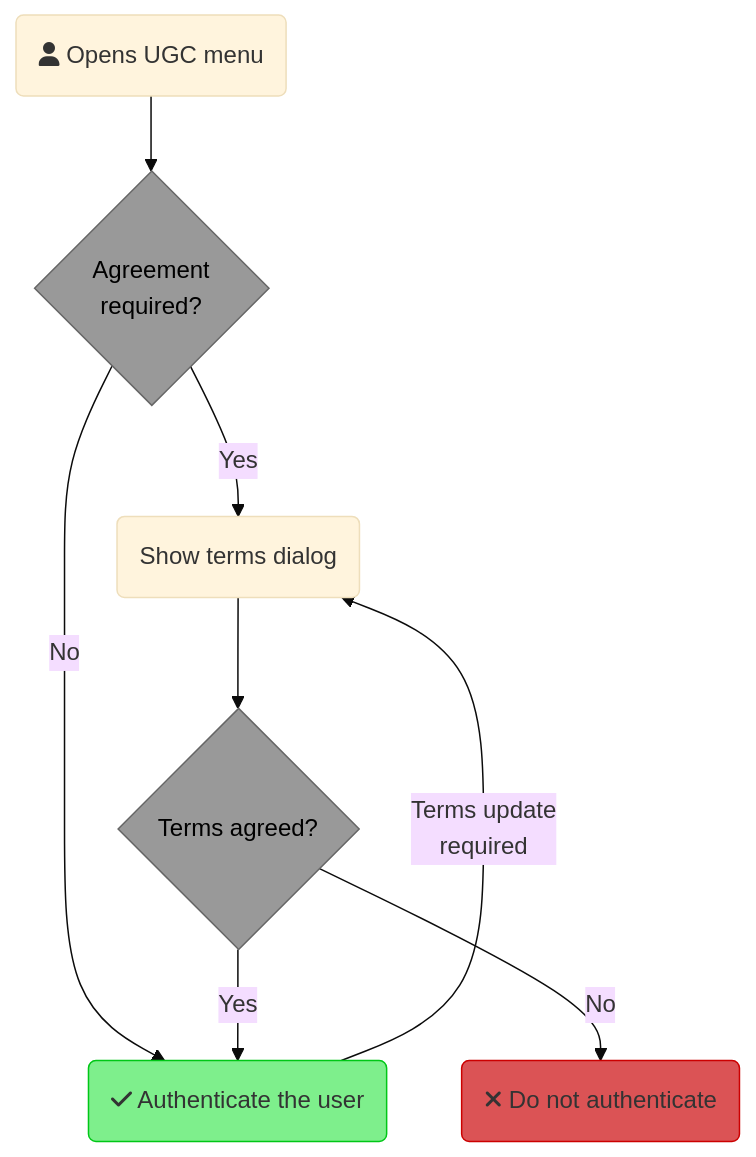
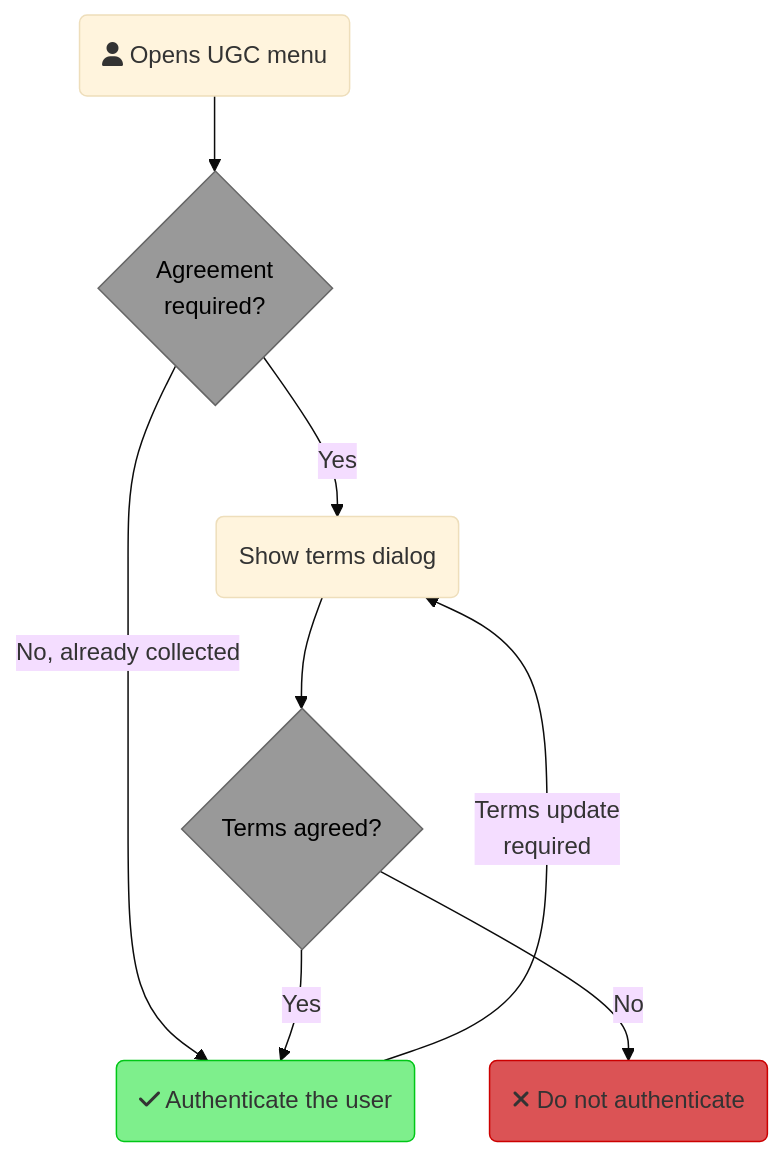
One commit to modio/modio-docs changed the diagram in public/en-us/modio/terms-user-consent.md. Above: the diagram before and after it, drawn with Mermaid (base theme). The commit also changed 48 other files, not shown here.

````diff
--- a/public/en-us/modio/terms-user-consent.md
+++ b/public/en-us/modio/terms-user-consent.md
@@ -44,16 +44,16 @@
 ```mermaid
 flowchart TD
     A(fa:fa-user Opens UGC menu) --> B{Agreement
     required?}
     B -->|Yes| C(Show terms dialog)
-    B -->|No| E
+    B -->|No, already collected| E
     C --> D{Terms agreed?}
     D -->|Yes| E(fa:fa-check Authenticate the user)
     D -->|No| F(fa:fa-xmark Do not authenticate)
     E -->|Terms update
     required| C
     style B fill:#999,stroke:#666,color:#000
     style D fill:#999,stroke:#666,color:#000
     style E fill:#7EEF8C,stroke:#00c717
     style F fill:#DB5355,stroke:#c00
 ```
````
